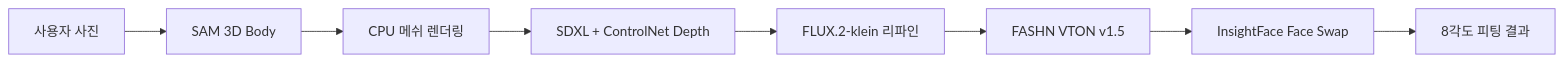
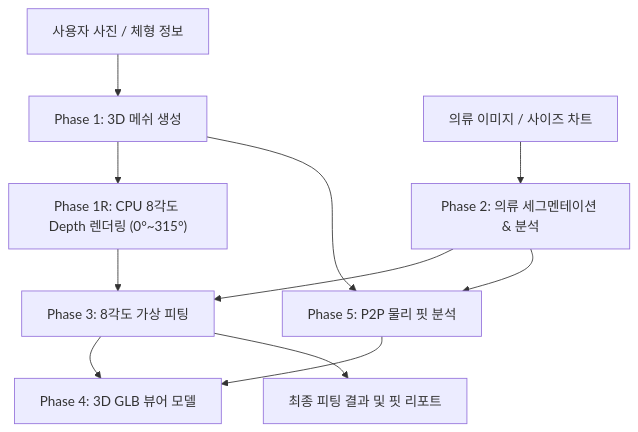
Before and after one commit to StyleLens/AI_FastAPI: the diagram in README.md, drawn with Mermaid. The commit also changed other lines of this file and 97 other files, not shown here.

````diff
--- a/README.md
+++ b/README.md
@@ -25,10 +51,13 @@
 ```mermaid
-graph LR
-    A[사용자 사진] --> B[SAM 3D Body]
-    B --> C[CPU 메쉬 렌더링]
-    C --> D[SDXL + ControlNet Depth]
-    D --> E[FLUX.2-klein 리파인]
-    E --> F[FASHN VTON v1.5]
-    F --> G[InsightFace Face Swap]
-    G --> H[8각도 피팅 결과]
+graph TD
+    A["사용자 사진 / 체형 정보"] --> B["Phase 1: 3D 메쉬 생성"]
+    B --> C["Phase 1R: CPU 8각도 Depth 렌더링 (0°~315°)"]
+    D["의류 이미지 / 사이즈 차트"] --> E["Phase 2: 의류 세그멘테이션 & 분석"]
+    C --> F["Phase 3: 8각도 가상 피팅"]
+    E --> F
+    B --> G["Phase 5: P2P 물리 핏 분석"]
+    E --> G
+    F --> H["Phase 4: 3D GLB 뷰어 모델"]
+    G --> H
+    F --> I["최종 피팅 결과 및 핏 리포트"]
 ```
````
